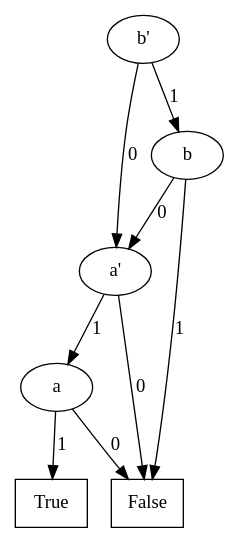
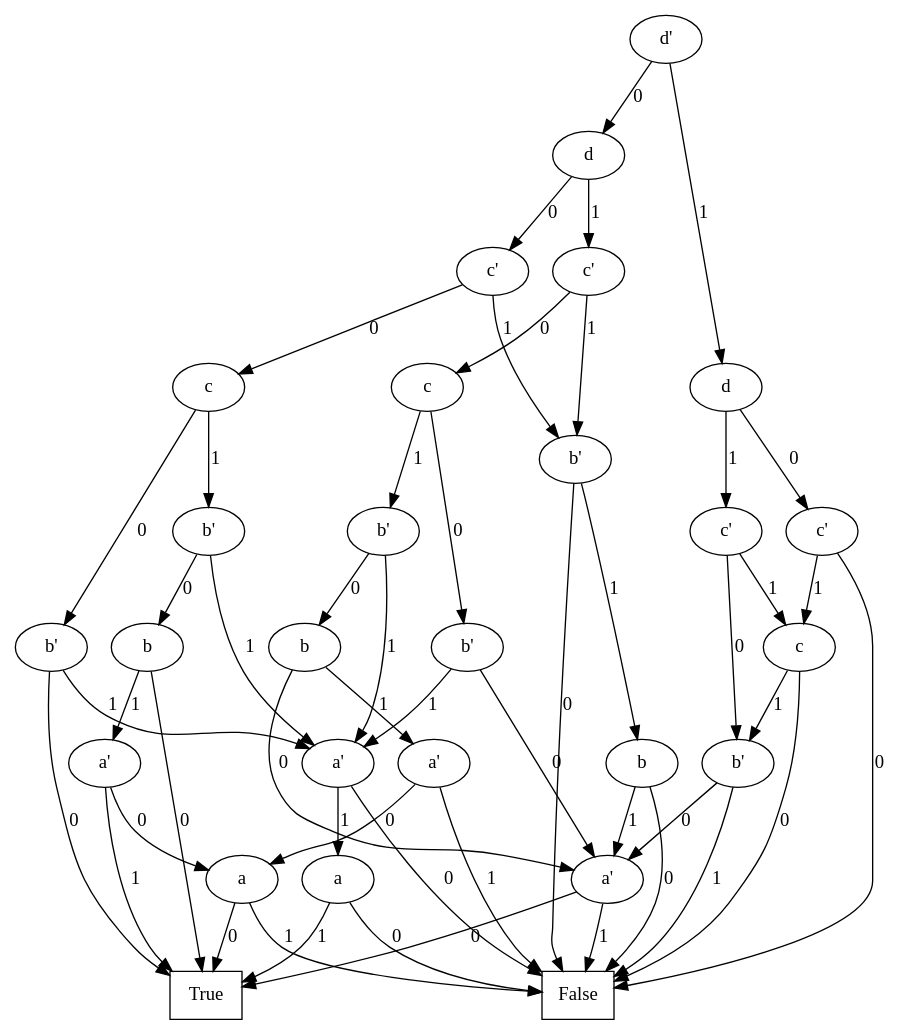
Before and after one commit to lputruele/tesis: the diagram in Mu-calculus_model_checker/ok.dot, drawn with Graphviz. The commit also changed 10 other files, not shown here.

```diff
--- a/Mu-calculus_model_checker/ok.dot
+++ b/Mu-calculus_model_checker/ok.dot
@@ -1,36 +1,177 @@
 digraph BDD {
 node[shape=oval];
-5[label="b'"];
+26[label="d'"];
+20[label="d"];
+13[label="c'"];
+9[label="c"];
+4[label="b'"];
+node[shape=rectangle];
+1[label=True];
+node[shape=oval];
+
+4->1[label=0];
 3[label="a'"];
 node[shape=rectangle];
 0[label=False];
 node[shape=oval];
 
 3->0[label=0];
 2[label="a"];
 node[shape=rectangle];
 0[label=False];
 node[shape=oval];
 
 2->0[label=0];
 node[shape=rectangle];
 1[label=True];
 node[shape=oval];
 
 2->1[label=1];
 
 3->2[label=1];
 
-5->3[label=0];
-4[label="b"];
+4->3[label=1];
 
-4->3[label=0];
+9->4[label=0];
+8[label="b'"];
+7[label="b"];
+node[shape=rectangle];
+1[label=True];
+node[shape=oval];
+
+7->1[label=0];
+6[label="a'"];
+5[label="a"];
+node[shape=rectangle];
+1[label=True];
+node[shape=oval];
+
+5->1[label=0];
 node[shape=rectangle];
 0[label=False];
 node[shape=oval];
 
-4->0[label=1];
+5->0[label=1];
 
-5->4[label=1];
+6->5[label=0];
+node[shape=rectangle];
+1[label=True];
+node[shape=oval];
+
+6->1[label=1];
+
+7->6[label=1];
+
+8->7[label=0];
+
+8->3[label=1];
+
+9->8[label=1];
+
+13->9[label=0];
+12[label="b'"];
+node[shape=rectangle];
+0[label=False];
+node[shape=oval];
+
+12->0[label=0];
+11[label="b"];
+node[shape=rectangle];
+0[label=False];
+node[shape=oval];
+
+11->0[label=0];
+10[label="a'"];
+node[shape=rectangle];
+1[label=True];
+node[shape=oval];
+
+10->1[label=0];
+node[shape=rectangle];
+0[label=False];
+node[shape=oval];
+
+10->0[label=1];
+
+11->10[label=1];
+
+12->11[label=1];
+
+13->12[label=1];
+
+20->13[label=0];
+19[label="c'"];
+18[label="c"];
+14[label="b'"];
+
+14->10[label=0];
+
+14->3[label=1];
+
+18->14[label=0];
+17[label="b'"];
+16[label="b"];
+
+16->10[label=0];
+15[label="a'"];
+
+15->5[label=0];
+node[shape=rectangle];
+0[label=False];
+node[shape=oval];
+
+15->0[label=1];
+
+16->15[label=1];
+
+17->16[label=0];
+
+17->3[label=1];
+
+18->17[label=1];
+
+19->18[label=0];
+
+19->12[label=1];
+
+20->19[label=1];
+
+26->20[label=0];
+25[label="d"];
+23[label="c'"];
+node[shape=rectangle];
+0[label=False];
+node[shape=oval];
+
+23->0[label=0];
+22[label="c"];
+node[shape=rectangle];
+0[label=False];
+node[shape=oval];
+
+22->0[label=0];
+21[label="b'"];
+
+21->10[label=0];
+node[shape=rectangle];
+0[label=False];
+node[shape=oval];
+
+21->0[label=1];
+
+22->21[label=1];
+
+23->22[label=1];
+
+25->23[label=0];
+24[label="c'"];
+
+24->21[label=0];
+
+24->22[label=1];
+
+25->24[label=1];
+
+26->25[label=1];
 
 }
```
